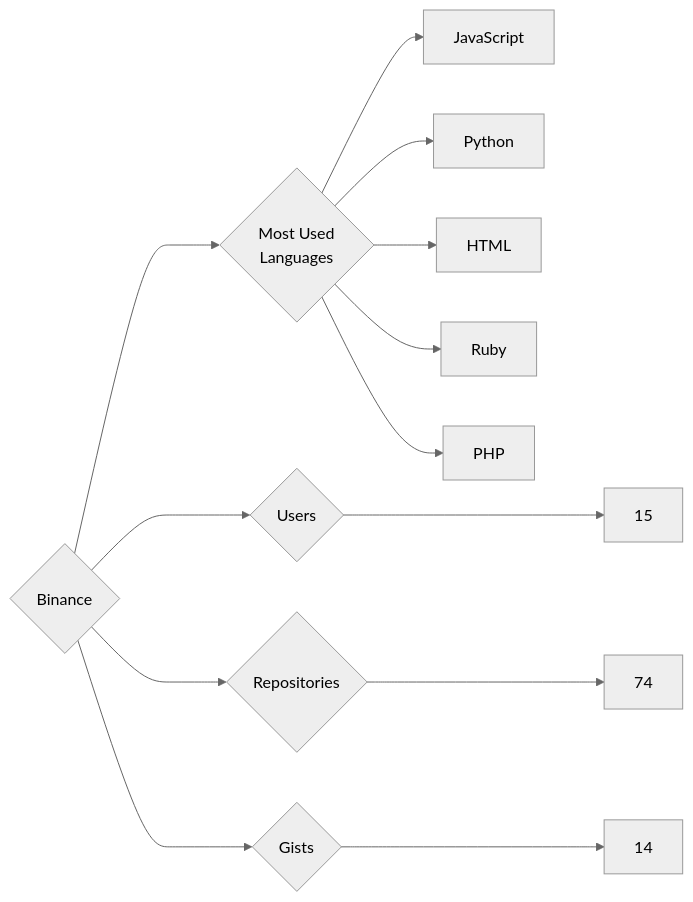
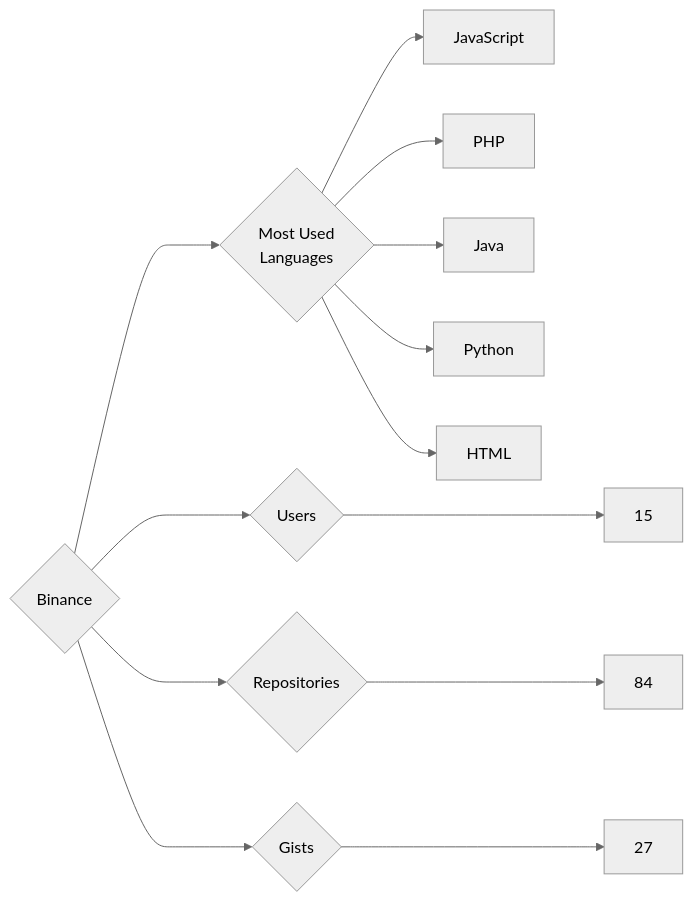
One commit to trickest/insiders changed the diagram in targets/Binance/README.md. Above: the diagram before and after it, drawn with Mermaid (neutral theme). The commit also changed 657 other files, not shown here.

````diff
--- a/targets/Binance/README.md
+++ b/targets/Binance/README.md
@@ -3,13 +3,13 @@
 ```mermaid
 graph LR
 COMPANY_NAME{Binance}
 COMPANY_NAME ---> U{Users} ---> UN[15]
-COMPANY_NAME ---> R{Repositories} ---> RN[74]
-COMPANY_NAME ---> G{Gists} ---> GN[14]
+COMPANY_NAME ---> R{Repositories} ---> RN[84]
+COMPANY_NAME ---> G{Gists} ---> GN[27]
 COMPANY_NAME ---> ML{Most Used<br>Languages}
 ML --> JavaScript[JavaScript]
+ML --> PHP[PHP]
+ML --> Java[Java]
 ML --> Python[Python]
 ML --> HTML[HTML]
-ML --> Ruby[Ruby]
-ML --> PHP[PHP]
 ```
````
